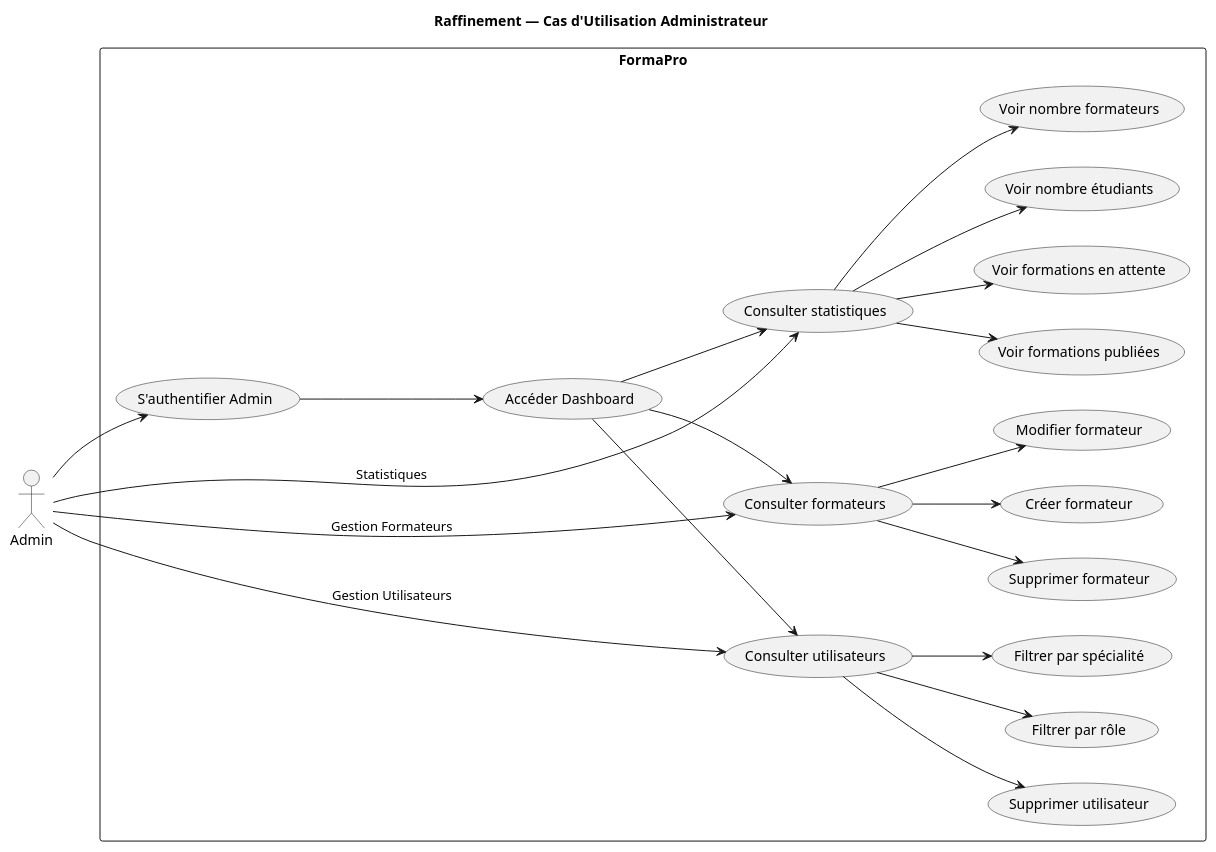
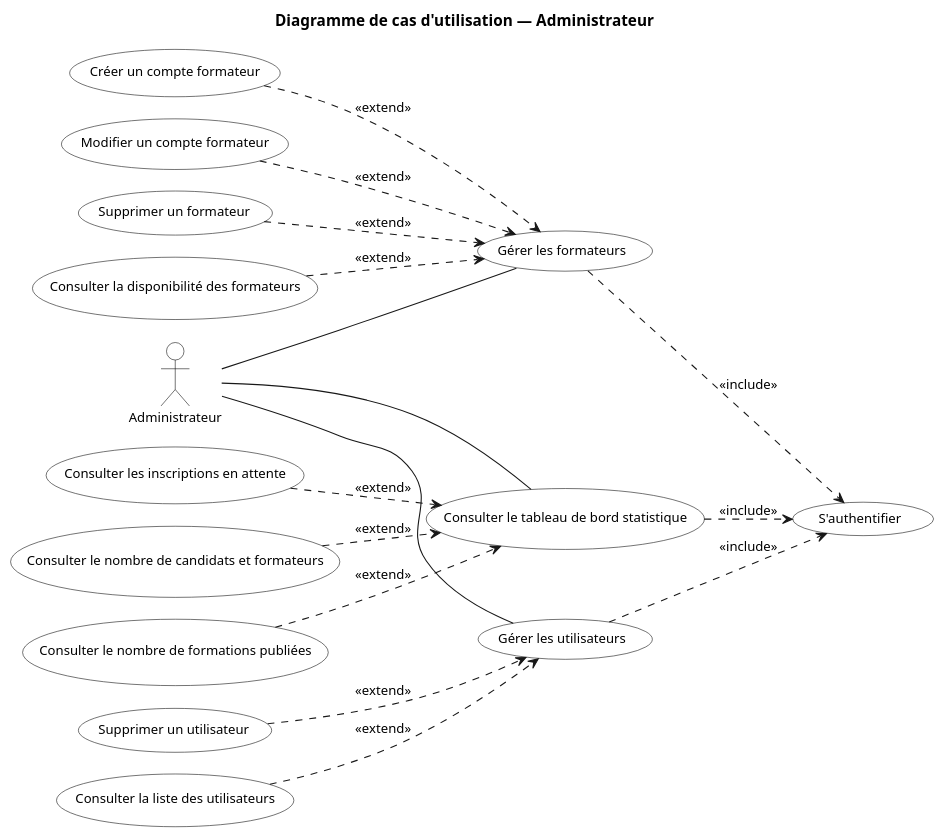
Before and after one commit to samiaaamara/projet_pfe: the diagram in Diagrammes_PlantUML/Sprint1_3_CasUtilisation_Admin.puml, drawn with PlantUML. The commit also changed 172 other files, not shown here.

```diff
--- a/Diagrammes_PlantUML/Sprint1_3_CasUtilisation_Admin.puml
+++ b/Diagrammes_PlantUML/Sprint1_3_CasUtilisation_Admin.puml
@@ -1,53 +1,59 @@
 @startuml Sprint1_CasUtilisation_Admin
-title Raffinement — Cas d'Utilisation Administrateur
+title Diagramme de cas d'utilisation — Administrateur
 
 left to right direction
-skinparam packageStyle rectangle
 
-actor Admin
+scale 0.7
+skinparam dpi 150
+skinparam actorStyle default
+skinparam defaultFontName Arial
+skinparam defaultFontSize 12
+skinparam nodesep 20
+skinparam ranksep 25
 
-rectangle FormaPro {
-    usecase "S'authentifier Admin" as UC1
-    usecase "Accéder Dashboard" as UC2
-    
-    usecase "Consulter utilisateurs" as UC3
-    usecase "Filtrer par rôle" as UC3a
-    usecase "Filtrer par spécialité" as UC3b
-    usecase "Supprimer utilisateur" as UC4
-    
-    usecase "Consulter formateurs" as UC5
-    usecase "Créer formateur" as UC6
-    usecase "Modifier formateur" as UC7
-    usecase "Supprimer formateur" as UC8
-    
-    usecase "Consulter statistiques" as UC9
-    usecase "Voir nombre étudiants" as UC9a
-    usecase "Voir nombre formateurs" as UC9b
-    usecase "Voir formations publiées" as UC9c
-    usecase "Voir formations en attente" as UC9d
+skinparam usecase {
+    BackgroundColor White
+    BorderColor Black
+    FontColor Black
+}
+skinparam actor {
+    BackgroundColor White
+    BorderColor Black
+    FontColor Black
 }
 
-Admin --> UC1
-UC1 --> UC2
+actor "Administrateur" as ADMIN
 
-Admin --> UC3 : Gestion Utilisateurs
-UC3 --> UC3a
-UC3 --> UC3b
-UC3 --> UC4
+usecase "S'authentifier" as AUTH
+usecase "Gérer les utilisateurs" as UC1
+usecase "Consulter la liste des utilisateurs" as UC1_1
+usecase "Supprimer un utilisateur" as UC1_2
+usecase "Gérer les formateurs" as UC2
+usecase "Créer un compte formateur" as UC2_1
+usecase "Modifier un compte formateur" as UC2_2
+usecase "Supprimer un formateur" as UC2_3
+usecase "Consulter la disponibilité des formateurs" as UC2_4
+usecase "Consulter le tableau de bord statistique" as UC3
+usecase "Consulter le nombre de candidats et formateurs" as UC3_1
+usecase "Consulter le nombre de formations publiées" as UC3_2
+usecase "Consulter les inscriptions en attente" as UC3_3
 
-Admin --> UC5 : Gestion Formateurs
-UC5 --> UC6
-UC5 --> UC7
-UC5 --> UC8
+ADMIN -- UC1
+ADMIN -- UC2
+ADMIN -- UC3
 
-Admin --> UC9 : Statistiques
-UC9 --> UC9a
-UC9 --> UC9b
-UC9 --> UC9c
-UC9 --> UC9d
+UC1 ..> AUTH : <<include>>
+UC2 ..> AUTH : <<include>>
+UC3 ..> AUTH : <<include>>
 
-UC2 --> UC3
-UC2 --> UC5
-UC2 --> UC9
+UC1_1 ..> UC1 : <<extend>>
+UC1_2 ..> UC1 : <<extend>>
+UC2_1 ..> UC2 : <<extend>>
+UC2_2 ..> UC2 : <<extend>>
+UC2_3 ..> UC2 : <<extend>>
+UC2_4 ..> UC2 : <<extend>>
+UC3_1 ..> UC3 : <<extend>>
+UC3_2 ..> UC3 : <<extend>>
+UC3_3 ..> UC3 : <<extend>>
 
 @enduml
```
